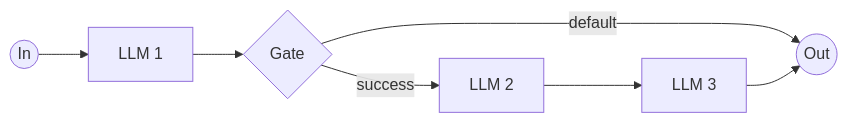
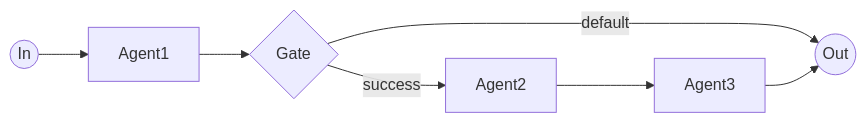
One commit to rootstrap/mars changed the diagram in examples/simple_workflow/diagram.md. Above: the diagram before and after it, drawn with Mermaid. The commit also changed 14 other files, not shown here.

````diff
--- a/examples/simple_workflow/diagram.md
+++ b/examples/simple_workflow/diagram.md
@@ -1,15 +1,15 @@
 ```mermaid
 flowchart LR
 in((In))
 out((Out))
-llm_1[LLM 1]
+agent1[Agent1]
 gate{Gate}
-llm_2[LLM 2]
-llm_3[LLM 3]
-in --> llm_1
-llm_1 --> gate
-gate -->|success| llm_2
+agent2[Agent2]
+agent3[Agent3]
+in --> agent1
+agent1 --> gate
+gate -->|success| agent2
 gate -->|default| out
-llm_2 --> llm_3
-llm_3 --> out
+agent2 --> agent3
+agent3 --> out
 ```
````
